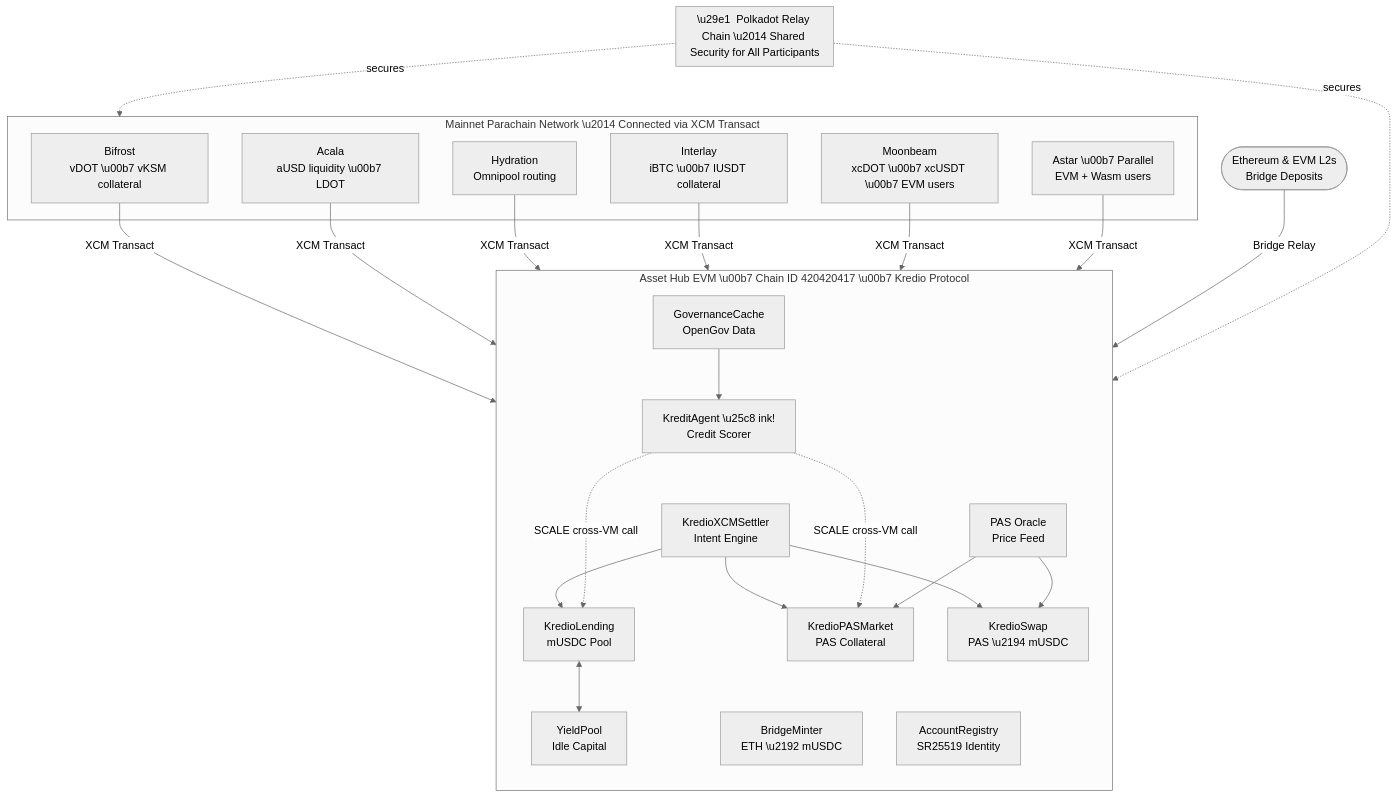
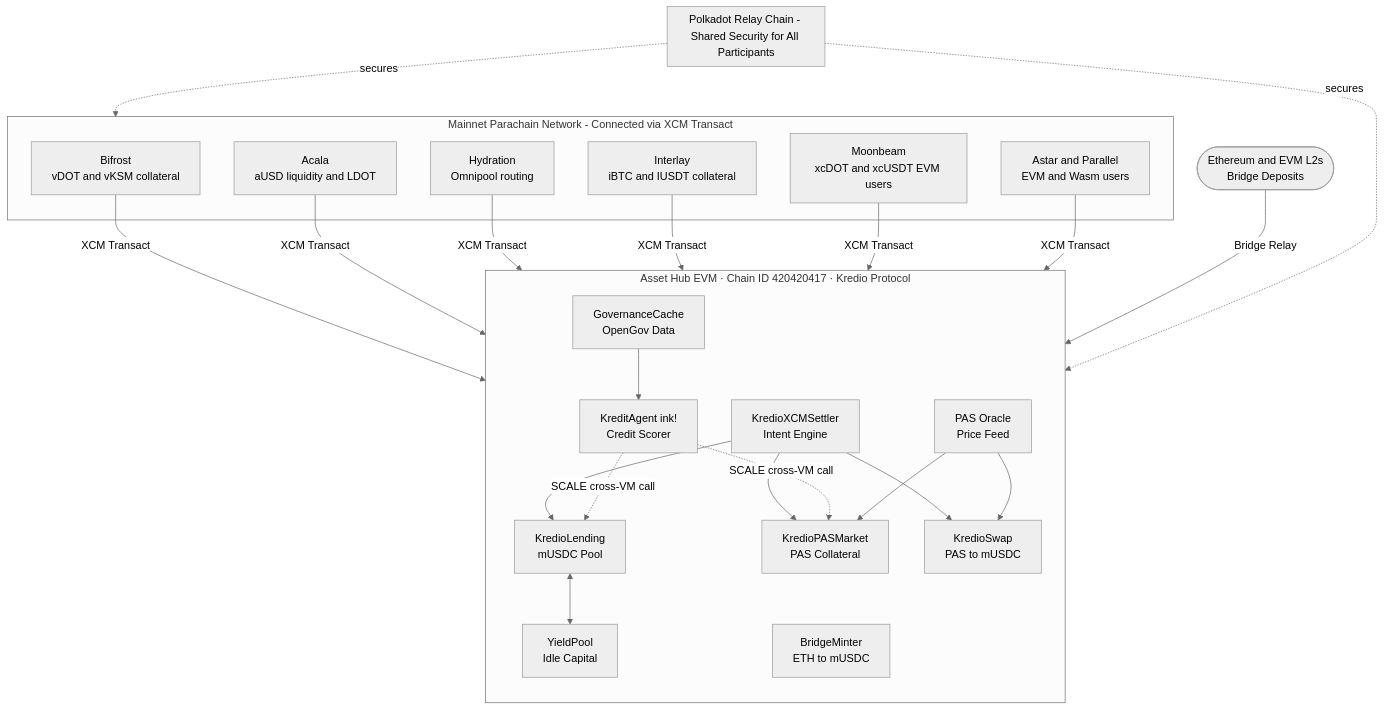
Before and after one commit to 18Abhinav07/Tesseract: the diagram in README.md, drawn with Mermaid (neutral theme). The commit also changed other lines of this file, not shown here.

Commit message:
refactor: update README.md to enhance project overview and clarify credit scoring mechanism

````diff
--- a/README.md
+++ b/README.md
@@ -77,41 +226,40 @@
 ```mermaid
 flowchart TD
-    subgraph relay["\u29e1  Polkadot Relay Chain \u2014 Shared Security for All Participants"]
+    subgraph relay["Polkadot Relay Chain - Shared Security for All Participants"]
     end
 
-    subgraph hub["  Asset Hub EVM  \u00b7  Chain ID 420420417  \u00b7  Kredio Protocol  "]
+    subgraph hub["Asset Hub EVM  ·  Chain ID 420420417  ·  Kredio Protocol"]
         direction TB
         KX["KredioXCMSettler\nIntent Engine"]
         KL["KredioLending\nmUSDC Pool"]
         KP["KredioPASMarket\nPAS Collateral"]
-        KS["KredioSwap\nPAS \u2194 mUSDC"]
-        KA["KreditAgent \u25c8 ink!\nCredit Scorer"]
-        KB["BridgeMinter\nETH \u2192 mUSDC"]
-        KAR["AccountRegistry\nSR25519 Identity"]
+        KS["KredioSwap\nPAS to mUSDC"]
+        KA["KreditAgent ink!\nCredit Scorer"]
+        KB["BridgeMinter\nETH to mUSDC"]
         GC["GovernanceCache\nOpenGov Data"]
         OR["PAS Oracle\nPrice Feed"]
         YP["YieldPool\nIdle Capital"]
     end
 
-    subgraph parachains["Mainnet Parachain Network \u2014 Connected via XCM Transact"]
-        BF["Bifrost\nvDOT \u00b7 vKSM collateral"]
-        AC["Acala\naUSD liquidity \u00b7 LDOT"]
+    subgraph parachains["Mainnet Parachain Network - Connected via XCM Transact"]
+        BF["Bifrost\nvDOT and vKSM collateral"]
+        AC["Acala\naUSD liquidity and LDOT"]
         HY["Hydration\nOmnipool routing"]
-        IT["Interlay\niBTC \u00b7 IUSDT collateral"]
-        MB["Moonbeam\nxcDOT \u00b7 xcUSDT \u00b7 EVM users"]
-        AS["Astar \u00b7 Parallel\nEVM + Wasm users"]
+        IT["Interlay\niBTC and IUSDT collateral"]
+        MB["Moonbeam\nxcDOT and xcUSDT EVM users"]
+        AS["Astar and Parallel\nEVM and Wasm users"]
     end
 
-    ETH(["Ethereum & EVM L2s\nBridge Deposits"])
+    ETH(["Ethereum and EVM L2s\nBridge Deposits"])
 
     relay -.->|secures| hub
     relay -.->|secures| parachains
 
     BF & AC & HY & IT & MB & AS -->|XCM Transact| KX
     KX --> KL & KP & KS
-    KA -..->|SCALE cross-VM call| KL & KP
+    KA -.->|SCALE cross-VM call| KL & KP
     GC --> KA
     OR --> KP & KS
     KL <--> YP
     ETH -->|Bridge Relay| KB
 ```
````
